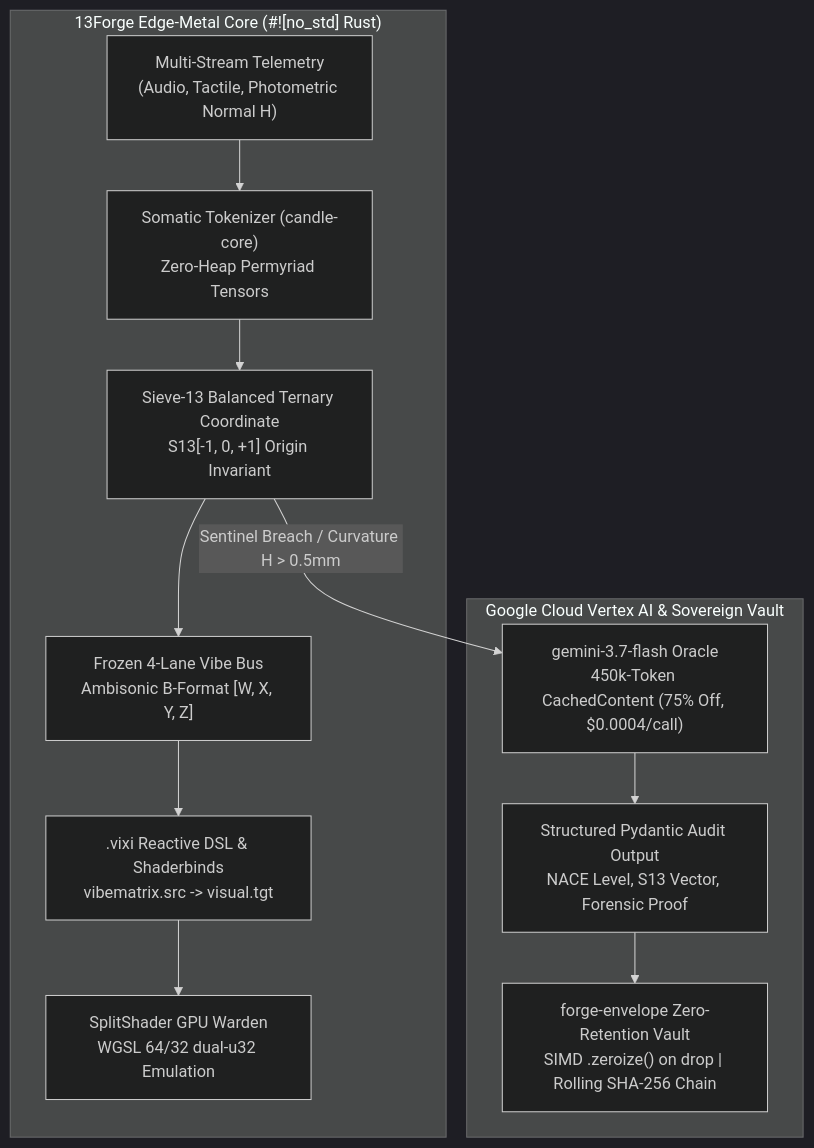
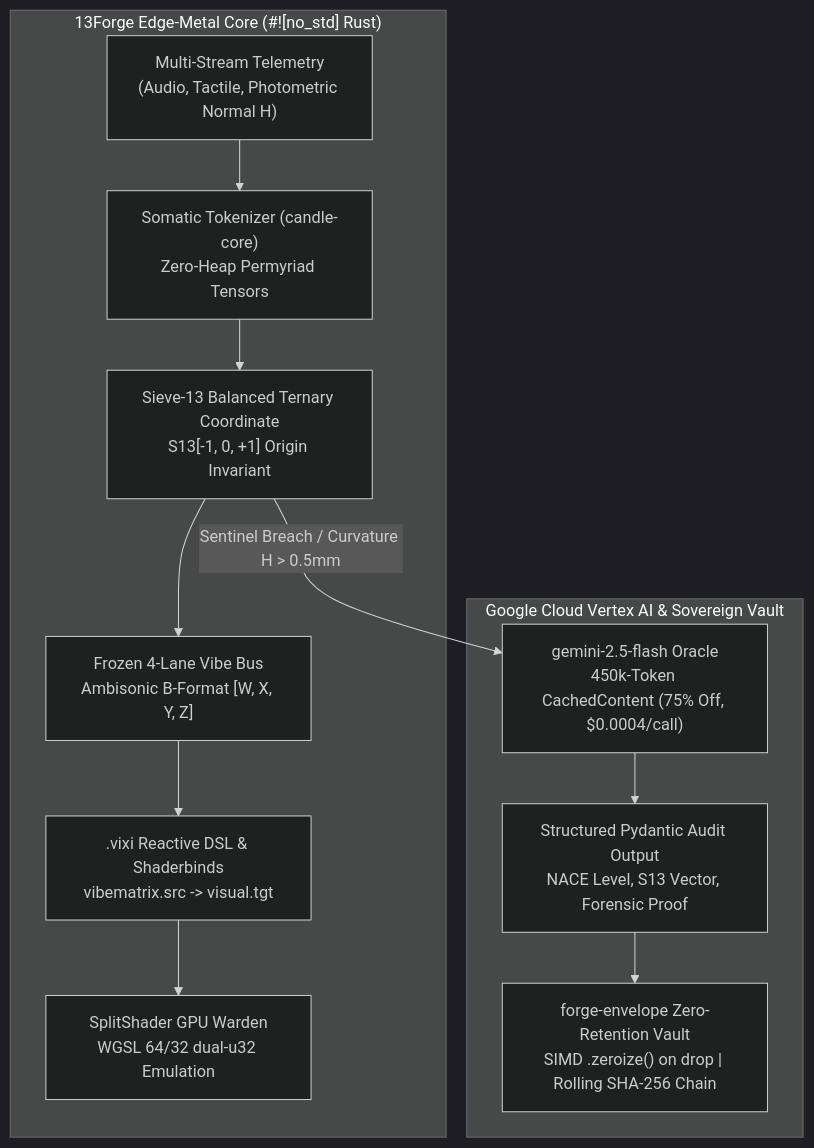
Before and after one commit to deveraux-dev/Nistam-Dream-Engine-Sovereign-Silicon-Socratic-Mind: the diagram in crates/forge-envelope/docs/SUBMISSION_ENTRY.md, drawn with Mermaid (dark theme). The commit also changed other lines of this file and 81 other files, not shown here.

````diff
--- a/crates/forge-envelope/docs/SUBMISSION_ENTRY.md
+++ b/crates/forge-envelope/docs/SUBMISSION_ENTRY.md
@@ -38,16 +38,16 @@
 ```mermaid
 flowchart TB
     subgraph EdgeMetal ["13Forge Edge-Metal Core (#![no_std] Rust)"]
         Sensors["Multi-Stream Telemetry\n(Audio, Tactile, Photometric Normal H)"] --> Somatic["Somatic Tokenizer (candle-core)\nZero-Heap Permyriad Tensors"]
         Somatic --> S13["Sieve-13 Balanced Ternary Coordinate\nS13[-1, 0, +1] Origin Invariant"]
         S13 --> VibeBus["Frozen 4-Lane Vibe Bus\nAmbisonic B-Format [W, X, Y, Z]"]
         VibeBus --> ReactiveDSL[".vixi Reactive DSL & Shaderbinds\nvibematrix.src -> visual.tgt"]
         ReactiveDSL --> SplitShader["SplitShader GPU Warden\nWGSL 64/32 dual-u32 Emulation"]
     end
 
     subgraph SovereignCloud ["Google Cloud Vertex AI & Sovereign Vault"]
-        S13 -- "Sentinel Breach / Curvature H > 0.5mm" --> VertexAI["gemini-3.7-flash Oracle\n450k-Token CachedContent (75% Off, $0.0004/call)"]
+        S13 -- "Sentinel Breach / Curvature H > 0.5mm" --> VertexAI["gemini-2.5-flash Oracle\n450k-Token CachedContent (75% Off, $0.0004/call)"]
         VertexAI --> Schema["Structured Pydantic Audit Output\nNACE Level, S13 Vector, Forensic Proof"]
         Schema --> Envelope["forge-envelope Zero-Retention Vault\nSIMD .zeroize() on drop | Rolling SHA-256 Chain"]
     end
 ```
````
